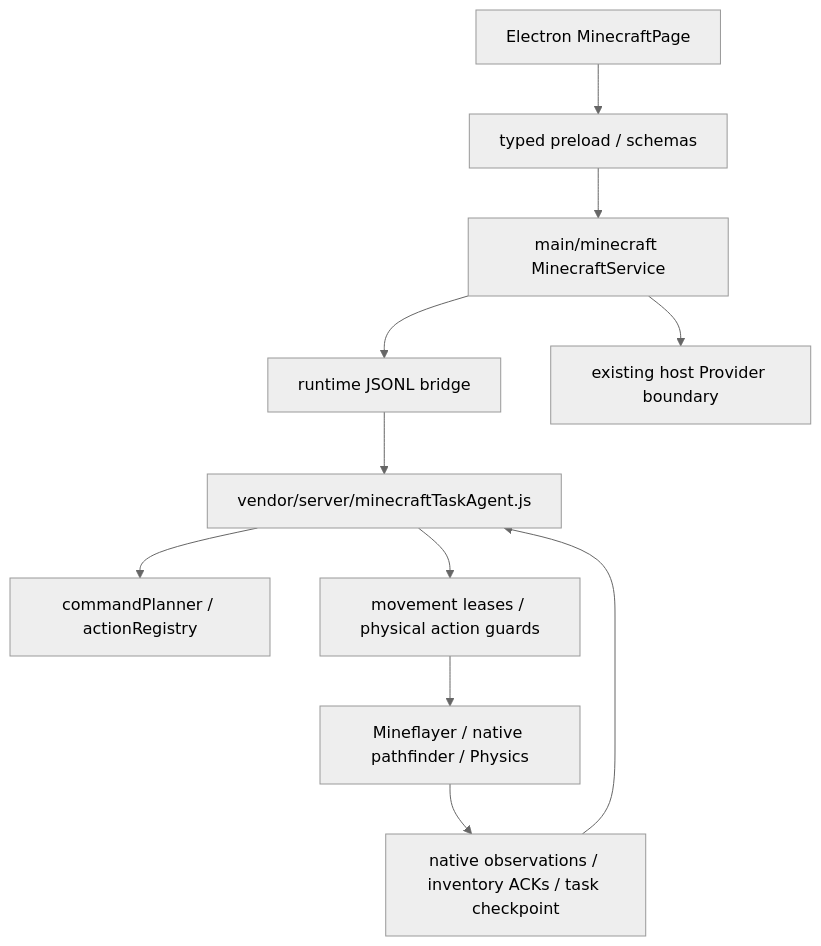
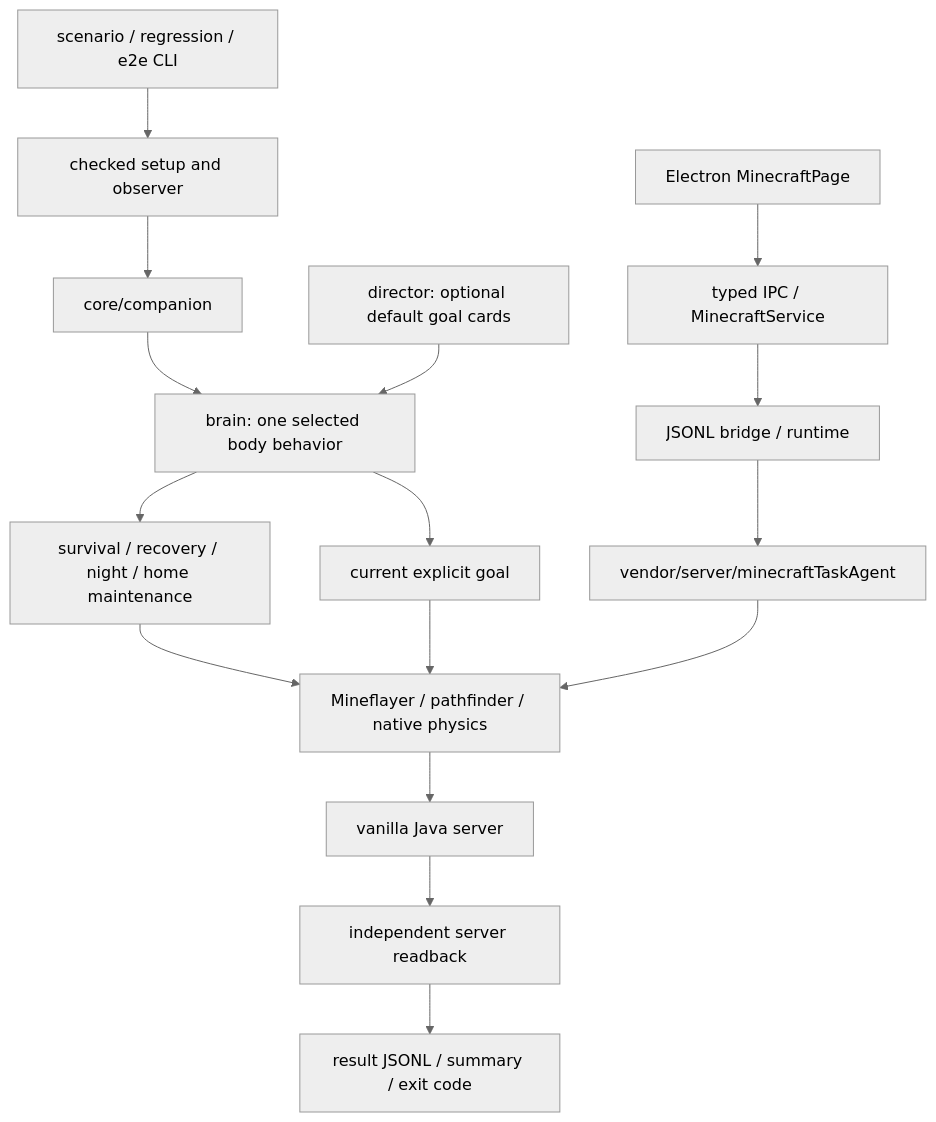
Before and after one commit to louisjia2008-ux/minecraft-companion: the diagram in ARCHITECTURE.md, drawn with Mermaid (neutral theme). The commit also changed other lines of this file and 10 other files, not shown here.

````diff
--- a/ARCHITECTURE.md
+++ b/ARCHITECTURE.md
@@ -3,13 +5,18 @@
 ```mermaid
 flowchart TD
-  UI[Electron MinecraftPage] --> IPC[typed preload / schemas]
-  IPC --> HOST[main/minecraft MinecraftService]
-  HOST --> BRIDGE[runtime JSONL bridge]
-  BRIDGE --> AGENT[vendor/server/minecraftTaskAgent.js]
-  AGENT --> PLAN[commandPlanner / actionRegistry]
-  AGENT --> EXEC[movement leases / physical action guards]
-  EXEC --> MC[Mineflayer / native pathfinder / Physics]
-  MC --> OBS[native observations / inventory ACKs / task checkpoint]
-  OBS --> AGENT
-  HOST --> PROVIDER[existing host Provider boundary]
+  CLI[scenario / regression / e2e CLI] --> FIXTURE[checked setup and observer]
+  FIXTURE --> CORE[core/companion]
+  CORE --> BRAIN[brain: one selected body behavior]
+  BRAIN --> SURVIVAL[survival / recovery / night / home maintenance]
+  BRAIN --> GOAL[current explicit goal]
+  DIRECTOR[director: optional default goal cards] --> BRAIN
+  SURVIVAL --> NATIVE[Mineflayer / pathfinder / native physics]
+  GOAL --> NATIVE
+  NATIVE --> SERVER[vanilla Java server]
+  SERVER --> VERIFY[independent server readback]
+  VERIFY --> RESULT[result JSONL / summary / exit code]
+  UI[Electron MinecraftPage] --> IPC[typed IPC / MinecraftService]
+  IPC --> BRIDGE[JSONL bridge / runtime]
+  BRIDGE --> LEGACY[vendor/server/minecraftTaskAgent]
+  LEGACY --> NATIVE
 ```
````
